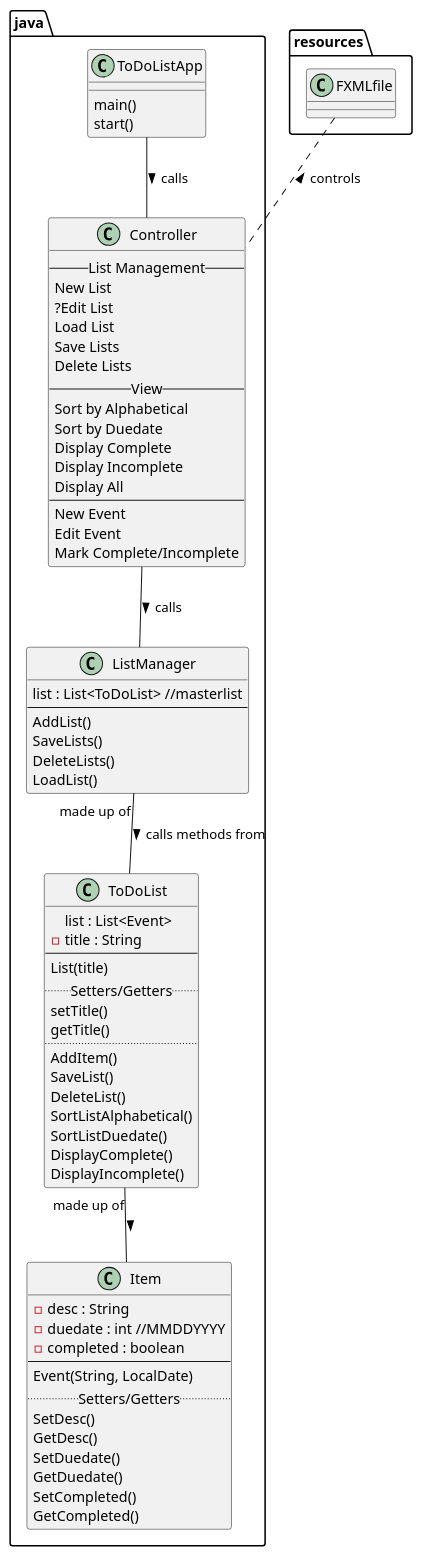
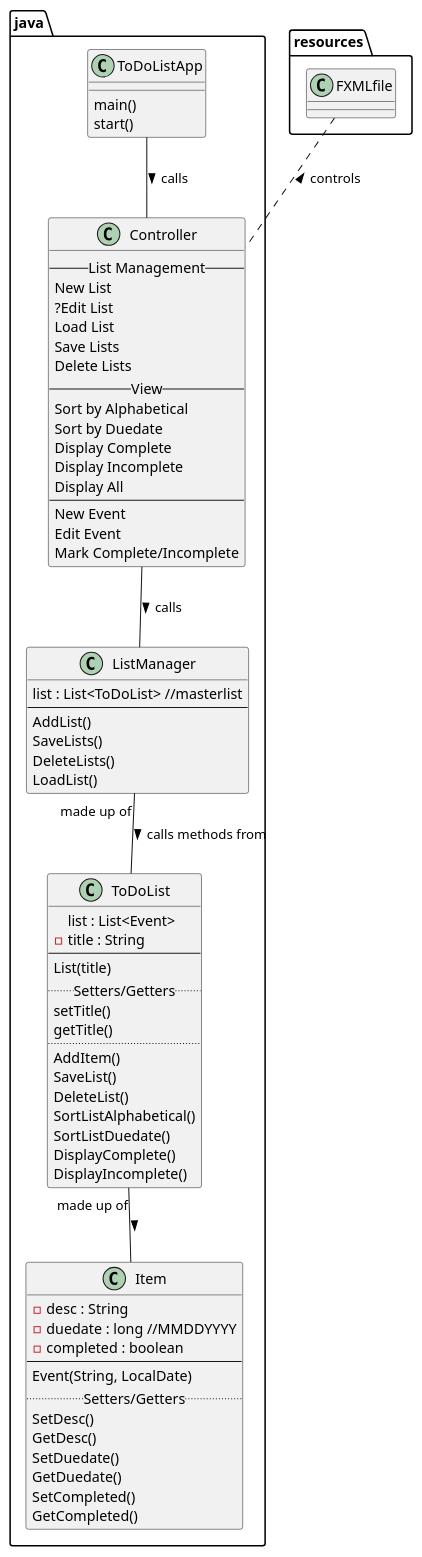
One commit to kiwibrie/juntunen-cop3330-assignment4part2 changed the diagram in uml/ListManager.puml. Above: the diagram before and after it, drawn with PlantUML. The commit also changed 7 other files, not shown here.

```diff
--- a/uml/ListManager.puml
+++ b/uml/ListManager.puml
@@ -1,78 +1,78 @@
 @startuml
 'https://plantuml.com/class-diagram
 
 class java.ListManager{
 list : List<ToDoList> //masterlist
 --
 AddList()
 SaveLists()
 DeleteLists()
 LoadList()
 }
 
 class java.ToDoList {
 list : List<Event>
 -title : String
 --
 List(title)
 ..Setters/Getters..
 setTitle()
 getTitle()
 ..
 AddItem()
 SaveList()
 DeleteList()
 SortListAlphabetical()
 SortListDuedate()
 DisplayComplete()
 DisplayIncomplete()
 }
 
 class java.Item {
 -desc : String
--duedate : int //MMDDYYYY
+-duedate : long //MMDDYYYY
 -completed : boolean
 --
 Event(String, LocalDate)
 ..Setters/Getters..
 SetDesc()
 GetDesc()
 SetDuedate()
 GetDuedate()
 SetCompleted()
 GetCompleted()
 }
 
 java.ToDoList "made up of" -- java.Item : >
 java.ListManager "made up of" -- java.ToDoList : > calls methods from
 
 java.ToDoListApp -- java.Controller : > calls
 resources.FXMLfile .. java.Controller : < controls
 java.Controller -- java.ListManager : > calls
 
 
 class java.Controller{
 --List Management--
 New List
 ?Edit List
 Load List
 Save Lists
 Delete Lists
 --View--
 Sort by Alphabetical
 Sort by Duedate
 Display Complete
 Display Incomplete
 Display All
 --
 New Event
 Edit Event
 Mark Complete/Incomplete
 }
 
 class java.ToDoListApp{
 main()
 start()
 }
 
 @enduml
```
